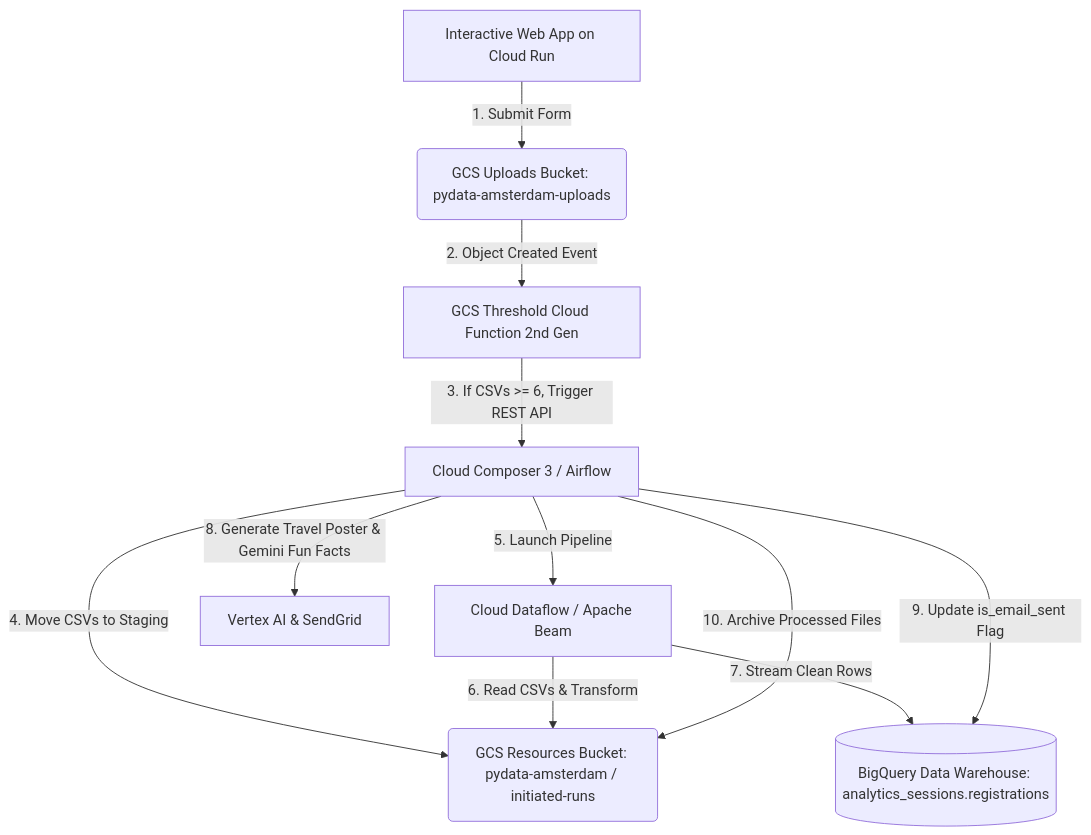
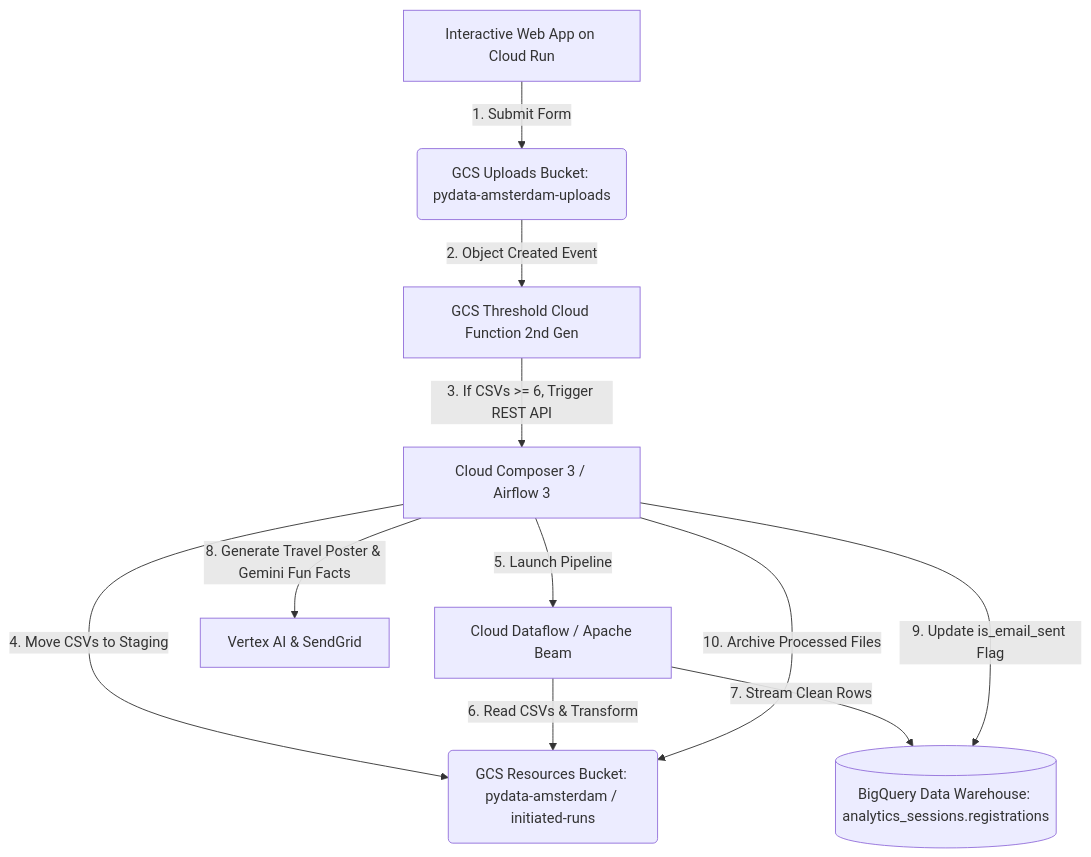
The diagram in README.md (SadeeqAkintola/pydata-amsterdam), drawn with Mermaid before and after one commit. The commit also changed other lines of this file and 1 other file, not shown here.

````diff
--- a/README.md
+++ b/README.md
@@ -18,13 +24,13 @@
 ```mermaid
 graph TD
     A[Interactive Web App on Cloud Run] -->|1. Submit Form| B(GCS Uploads Bucket: pydata-amsterdam-uploads)
     B -->|2. Object Created Event| C[GCS Threshold Cloud Function 2nd Gen]
-    C -->|3. If CSVs >= 6, Trigger REST API| D[Cloud Composer 3 / Airflow]
+    C -->|3. If CSVs >= 6, Trigger REST API| D[Cloud Composer 3 / Airflow 3]
     D -->|4. Move CSVs to Staging| E(GCS Resources Bucket: pydata-amsterdam / initiated-runs)
     D -->|5. Launch Pipeline| F[Cloud Dataflow / Apache Beam]
     F -->|6. Read CSVs & Transform| E
     F -->|7. Stream Clean Rows| G[(BigQuery Data Warehouse: analytics_sessions.registrations)]
     D -->|8. Generate Travel Poster & Gemini Fun Facts| H[Vertex AI & SendGrid]
     D -->|9. Update is_email_sent Flag| G
     D -->|10. Archive Processed Files| E
 ```
````
